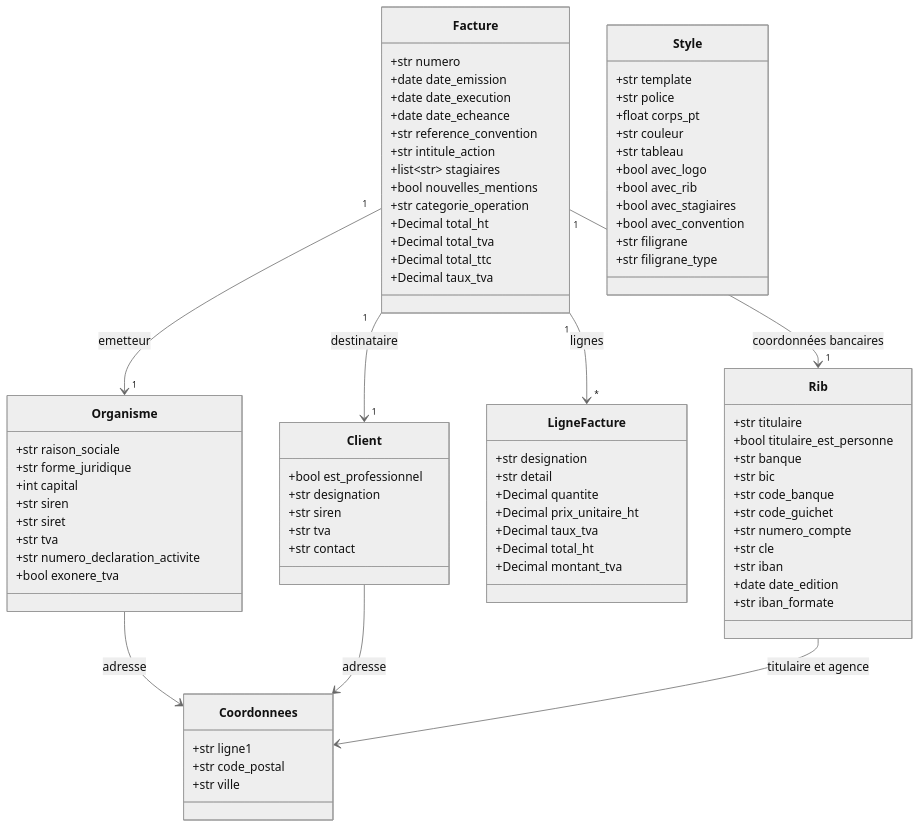
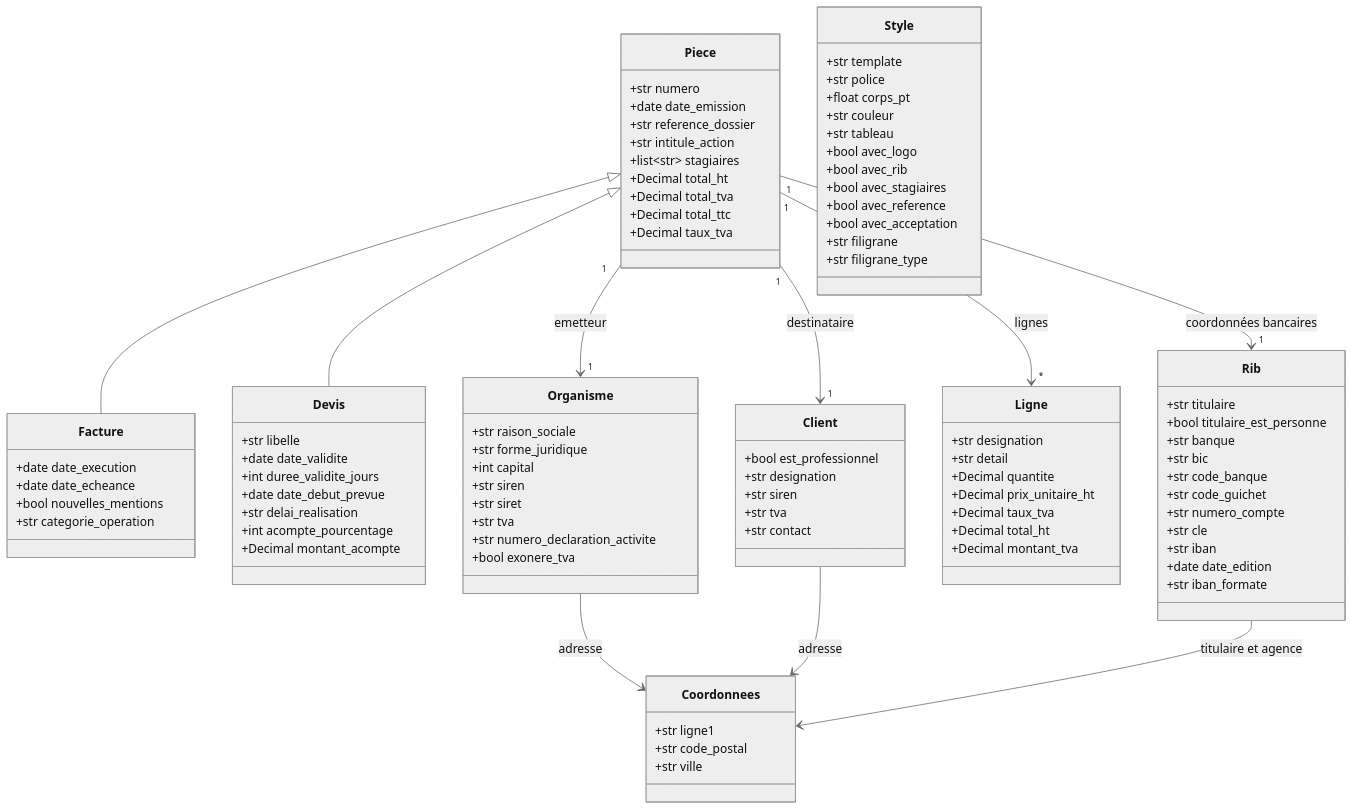
One commit to xelema/Detect-Doc changed the second of 3 diagrams in tools/CorpusGenerator/README.md. Above: the diagram before and after it, drawn with Mermaid (neutral theme). The commit also changed other lines of this file and 18 other files, not shown here.

````diff
--- a/tools/CorpusGenerator/README.md
+++ b/tools/CorpusGenerator/README.md
@@ -104,19 +126,30 @@
 ```mermaid
 classDiagram
-    class Facture {
+    class Piece {
         +str numero
         +date date_emission
-        +date date_execution
-        +date date_echeance
-        +str reference_convention
+        +str reference_dossier
         +str intitule_action
         +list~str~ stagiaires
-        +bool nouvelles_mentions
-        +str categorie_operation
         +Decimal total_ht
         +Decimal total_tva
         +Decimal total_ttc
         +Decimal taux_tva
+    }
+    class Facture {
+        +date date_execution
+        +date date_echeance
+        +bool nouvelles_mentions
+        +str categorie_operation
+    }
+    class Devis {
+        +str libelle
+        +date date_validite
+        +int duree_validite_jours
+        +date date_debut_prevue
+        +str delai_realisation
+        +int acompte_pourcentage
+        +Decimal montant_acompte
     }
     class Organisme {
         +str raison_sociale
@@ -135,7 +168,7 @@
         +str tva
         +str contact
     }
-    class LigneFacture {
+    class Ligne {
         +str designation
         +str detail
         +Decimal quantite
@@ -171,15 +204,18 @@
         +bool avec_logo
         +bool avec_rib
         +bool avec_stagiaires
-        +bool avec_convention
+        +bool avec_reference
+        +bool avec_acceptation
         +str filigrane
         +str filigrane_type
     }
 
-    Facture "1" --> "1" Organisme : emetteur
-    Facture "1" --> "1" Client : destinataire
-    Facture "1" --> "*" LigneFacture : lignes
-    Facture "1" --> "1" Rib : coordonnées bancaires
+    Piece <|-- Facture
+    Piece <|-- Devis
+    Piece "1" --> "1" Organisme : emetteur
+    Piece "1" --> "1" Client : destinataire
+    Piece "1" --> "*" Ligne : lignes
+    Piece "1" --> "1" Rib : coordonnées bancaires
     Organisme --> Coordonnees : adresse
     Client --> Coordonnees : adresse
     Rib --> Coordonnees : titulaire et agence
````
